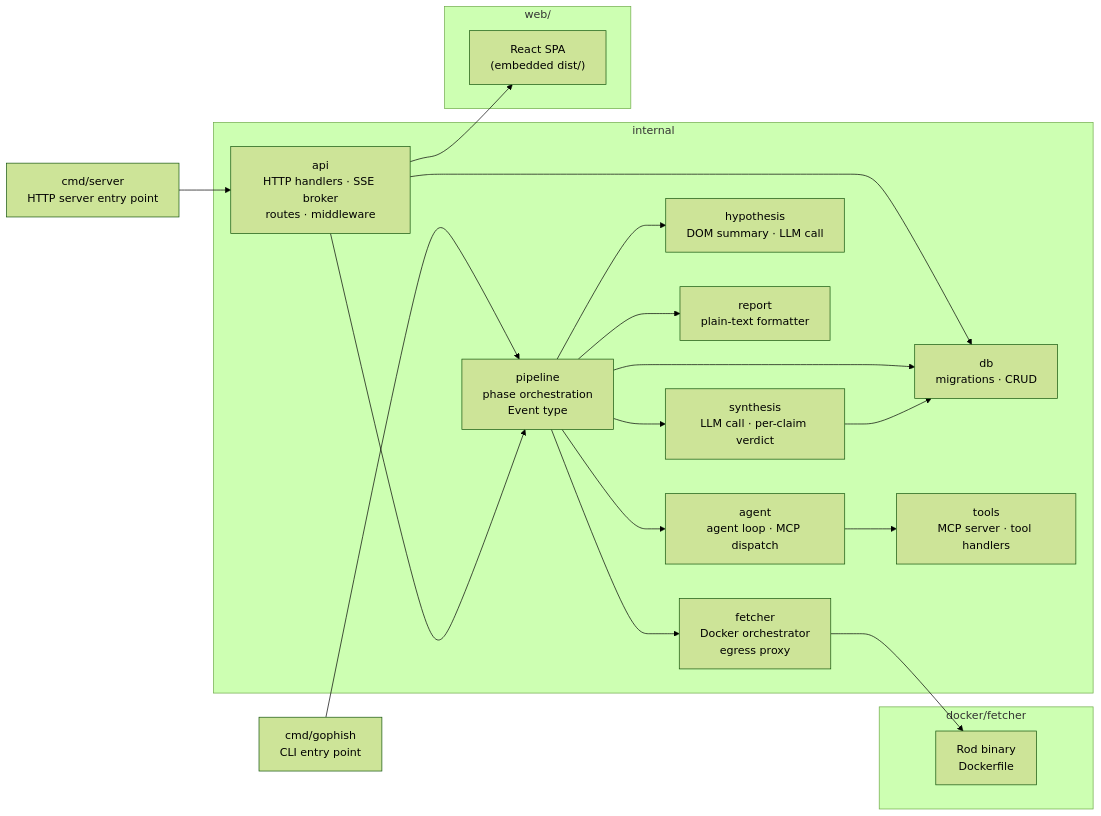
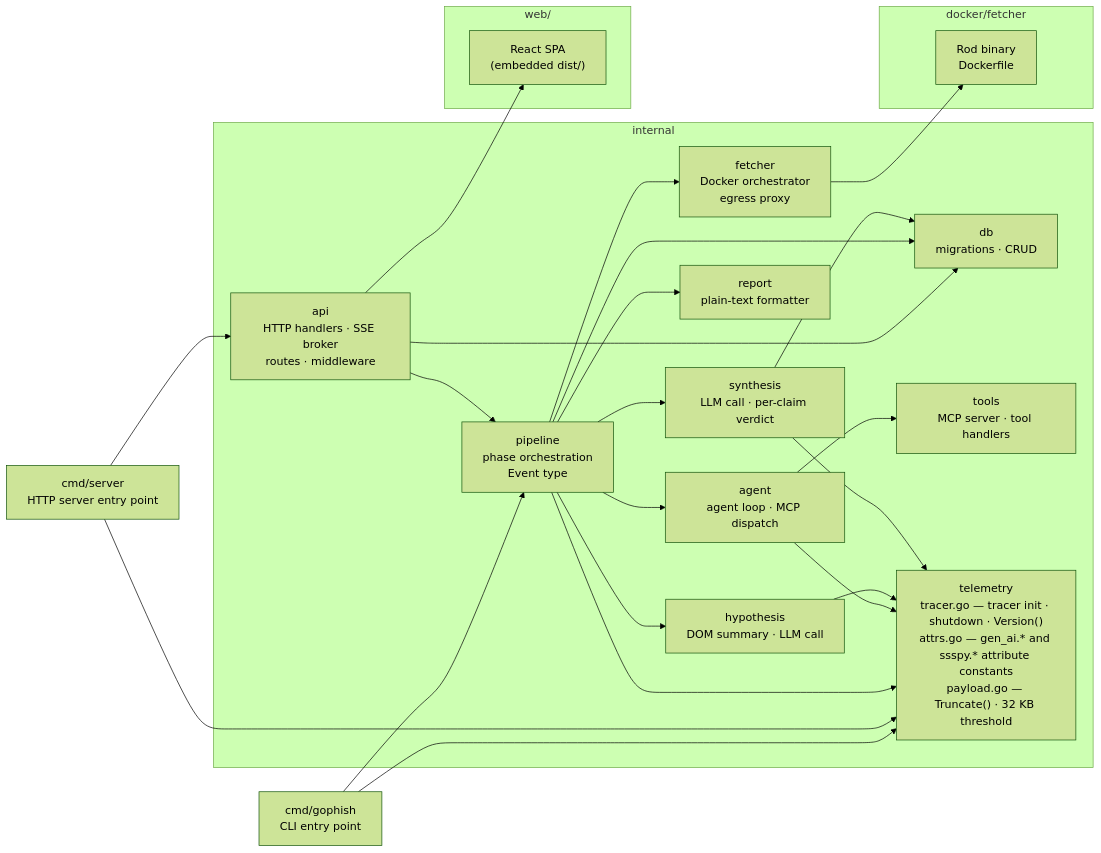
One commit to Aslanchik/go-phish changed the second of 2 diagrams in docs/architecture.md. Above: the diagram before and after it, drawn with Mermaid (forest theme). The commit also changed other lines of this file and 16 other files, not shown here.

First line of the commit message:
feat(telemetry): add OTel tracing to investigation pipeline

````diff
--- a/docs/architecture.md
+++ b/docs/architecture.md
@@ -89,40 +89,47 @@
 ```mermaid
 graph LR
     cmd_cli["cmd/gophish\nCLI entry point"]
     cmd_server["cmd/server\nHTTP server entry point"]
 
     subgraph internal
         api["api\nHTTP handlers · SSE broker\nroutes · middleware"]
         pipeline["pipeline\nphase orchestration\nEvent type"]
         fetcher["fetcher\nDocker orchestrator\negress proxy"]
         hypothesis["hypothesis\nDOM summary · LLM call"]
         db["db\nmigrations · CRUD"]
         report["report\nplain-text formatter"]
         agent["agent\nagent loop · MCP dispatch"]
         tools["tools\nMCP server · tool handlers"]
         synthesis["synthesis\nLLM call · per-claim verdict"]
+        telemetry["telemetry\ntracer.go — tracer init · shutdown · Version()\nattrs.go — gen_ai.* and ssspy.* attribute constants\npayload.go — Truncate() · 32 KB threshold"]
     end
 
     subgraph webpkg["web/"]
         webembed["React SPA\n(embedded dist/)"]
     end
 
     subgraph docker["docker/fetcher"]
         fetcherbin["Rod binary\nDockerfile"]
     end
 
     cmd_cli --> pipeline
+    cmd_cli --> telemetry
     cmd_server --> api
+    cmd_server --> telemetry
     api --> pipeline
     api --> db
     api --> webembed
     pipeline --> fetcher
     pipeline --> hypothesis
     pipeline --> agent
     pipeline --> synthesis
     pipeline --> db
     pipeline --> report
+    pipeline --> telemetry
     agent --> tools
+    agent --> telemetry
+    hypothesis --> telemetry
+    synthesis --> telemetry
     synthesis --> db
     fetcher --> fetcherbin
 ```
````
